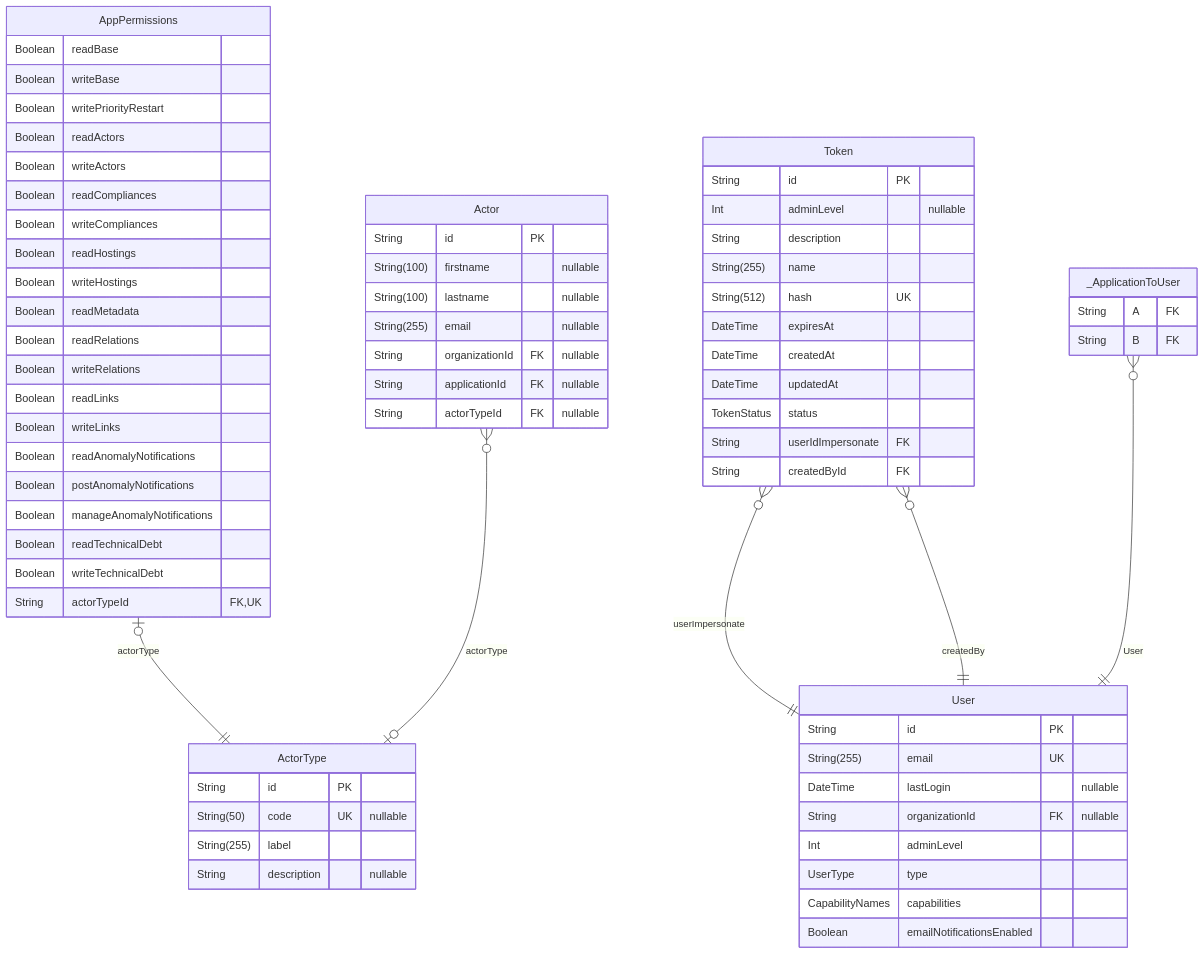
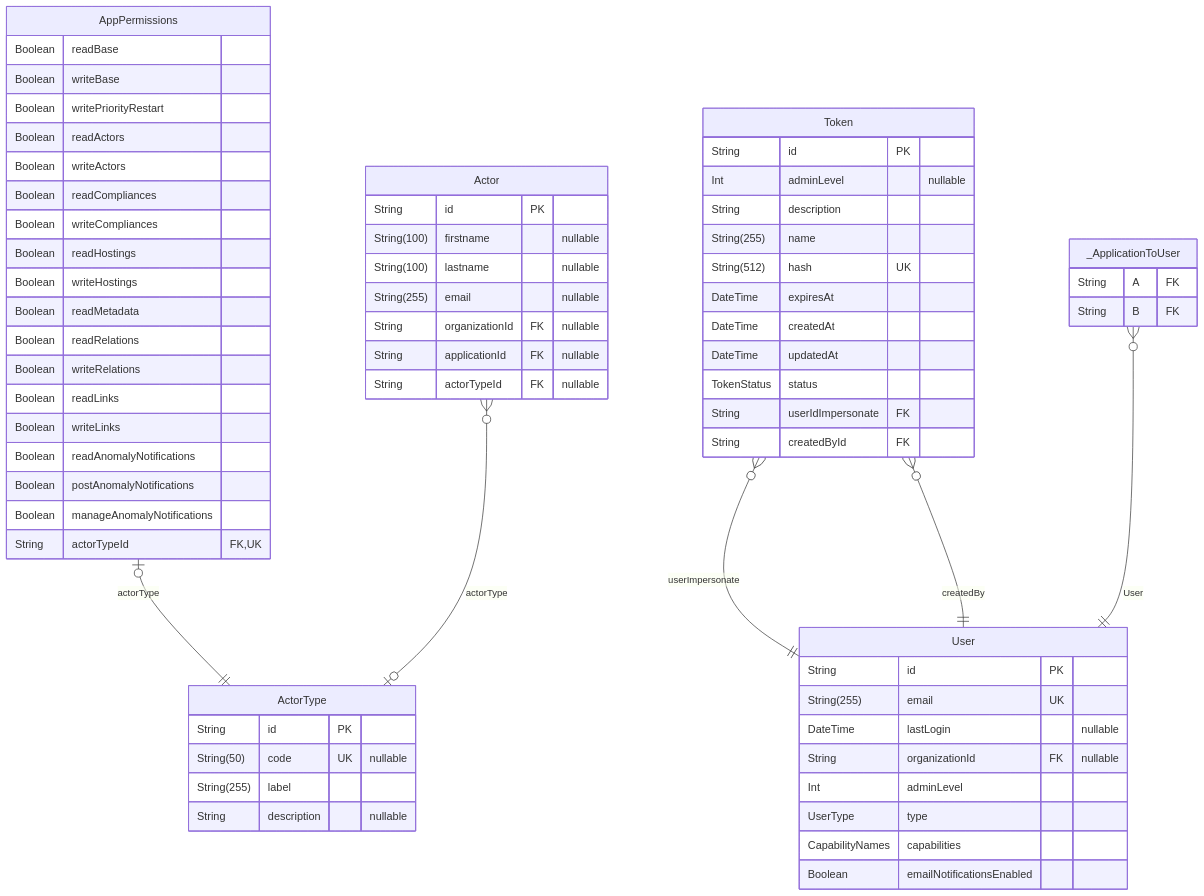
The sixth of 8 diagrams in backend/prisma/docs/schema.md (dnum-mi/referentiel-applications), drawn with Mermaid before and after one commit. The commit also changed other lines of this file and 59 other files, not shown here.

````diff
--- a/backend/prisma/docs/schema.md
+++ b/backend/prisma/docs/schema.md
@@ -495,72 +442,70 @@
 ```mermaid
 erDiagram
 "AppPermissions" {
   Boolean readBase
   Boolean writeBase
   Boolean writePriorityRestart
   Boolean readActors
   Boolean writeActors
   Boolean readCompliances
   Boolean writeCompliances
   Boolean readHostings
   Boolean writeHostings
   Boolean readMetadata
   Boolean readRelations
   Boolean writeRelations
   Boolean readLinks
   Boolean writeLinks
   Boolean readAnomalyNotifications
   Boolean postAnomalyNotifications
   Boolean manageAnomalyNotifications
-  Boolean readTechnicalDebt
-  Boolean writeTechnicalDebt
   String actorTypeId FK,UK
 }
 "Token" {
   String id PK
   Int adminLevel "nullable"
   String description
   String(255) name
   String(512) hash UK
   DateTime expiresAt
   DateTime createdAt
   DateTime updatedAt
   TokenStatus status
   String userIdImpersonate FK
   String createdById FK
 }
 "User" {
   String id PK
   String(255) email UK
   DateTime lastLogin "nullable"
   String organizationId FK "nullable"
   Int adminLevel
   UserType type
   CapabilityNames capabilities
   Boolean emailNotificationsEnabled
 }
 "Actor" {
   String id PK
   String(100) firstname "nullable"
   String(100) lastname "nullable"
   String(255) email "nullable"
   String organizationId FK "nullable"
   String applicationId FK "nullable"
   String actorTypeId FK "nullable"
 }
 "ActorType" {
   String id PK
   String(50) code UK "nullable"
   String(255) label
   String description "nullable"
 }
 "_ApplicationToUser" {
   String A FK
   String B FK
 }
 "AppPermissions" |o--|| "ActorType" : actorType
 "Token" }o--|| "User" : userImpersonate
 "Token" }o--|| "User" : createdBy
 "Actor" }o--o| "ActorType" : actorType
 "_ApplicationToUser" }o--|| "User" : User
 ```
````
